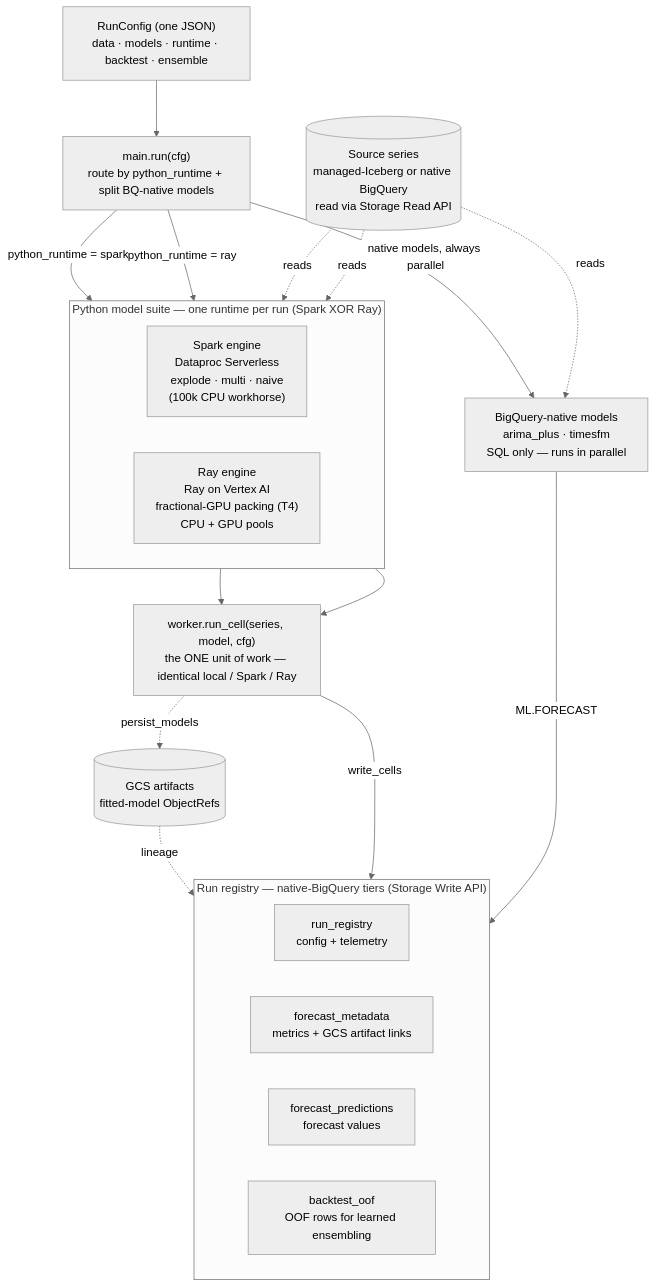
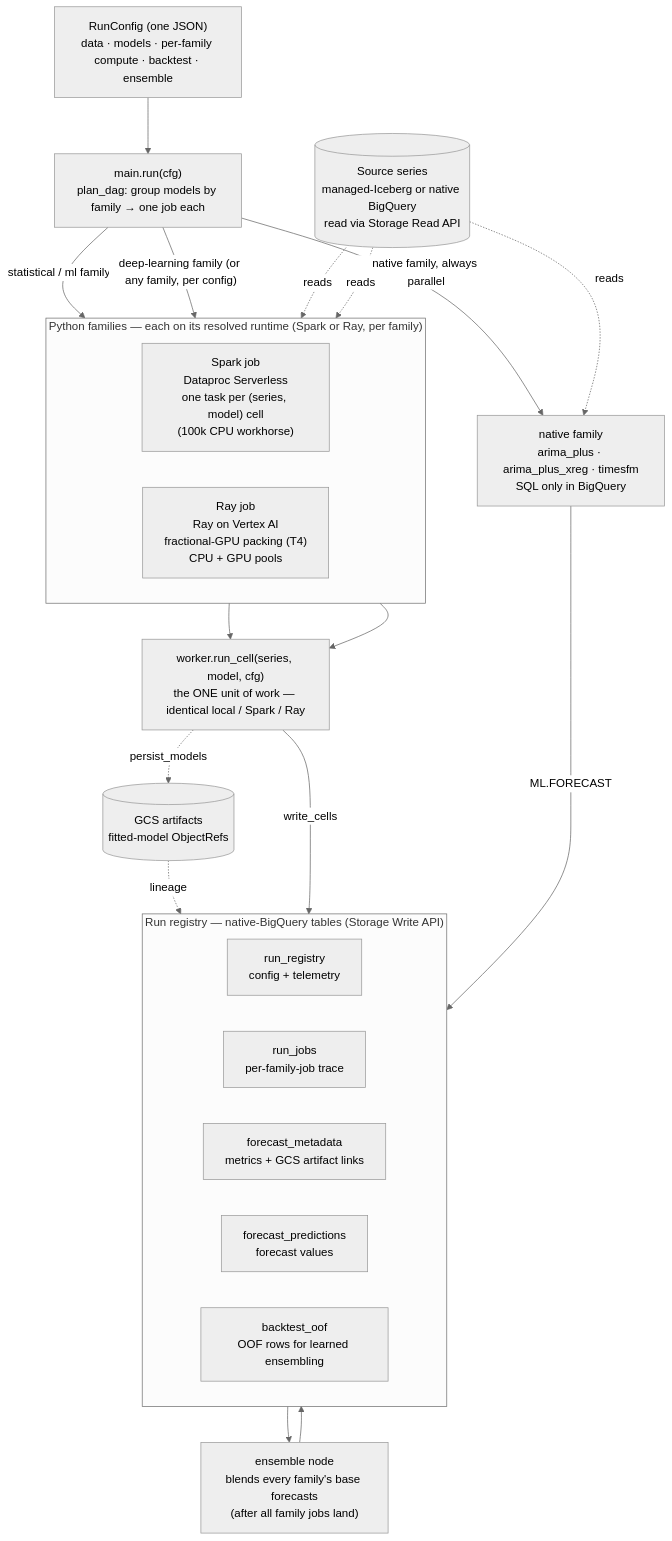
The diagram in README.md (statmike/scale-forecasting), drawn with Mermaid (neutral theme) before and after one commit. The commit also changed other lines of this file and 29 other files, not shown here.

````diff
--- a/README.md
+++ b/README.md
@@ -87,41 +90,45 @@
 ```mermaid
 flowchart TB
-    cfg["RunConfig (one JSON)<br/>data · models · runtime · backtest · ensemble"]
-    entry["main.run(cfg)<br/>route by python_runtime + split BQ-native models"]
+    cfg["RunConfig (one JSON)<br/>data · models · per-family compute · backtest · ensemble"]
+    entry["main.run(cfg)<br/>plan_dag: group models by family → one job each"]
     cfg --> entry
 
-    subgraph py["Python model suite — one runtime per run (Spark XOR Ray)"]
+    subgraph py["Python families — each on its resolved runtime (Spark or Ray, per family)"]
         direction LR
-        spark["Spark engine<br/>Dataproc Serverless<br/>explode · multi · naive<br/>(100k CPU workhorse)"]
-        ray["Ray engine<br/>Ray on Vertex AI<br/>fractional-GPU packing (T4)<br/>CPU + GPU pools"]
+        spark["Spark job<br/>Dataproc Serverless<br/>one task per (series, model) cell<br/>(100k CPU workhorse)"]
+        ray["Ray job<br/>Ray on Vertex AI<br/>fractional-GPU packing (T4)<br/>CPU + GPU pools"]
     end
 
-    bq["BigQuery-native models<br/>arima_plus · timesfm<br/>SQL only — runs in parallel"]
+    bq["native family<br/>arima_plus · arima_plus_xreg · timesfm<br/>SQL only in BigQuery"]
 
-    entry -->|"python_runtime = spark"| spark
-    entry -->|"python_runtime = ray"| ray
-    entry -->|"native models, always parallel"| bq
+    entry -->|"statistical / ml family"| spark
+    entry -->|"deep-learning family (or any family, per config)"| ray
+    entry -->|"native family, always parallel"| bq
 
     cell["worker.run_cell(series, model, cfg)<br/>the ONE unit of work — identical local / Spark / Ray"]
     spark --> cell
     ray --> cell
 
     data[("Source series<br/>managed-Iceberg or native BigQuery<br/>read via Storage Read API")]
     data -.->|reads| spark
     data -.->|reads| ray
     data -.->|reads| bq
 
-    subgraph reg["Run registry — native-BigQuery tiers (Storage Write API)"]
+    subgraph reg["Run registry — native-BigQuery tables (Storage Write API)"]
         direction LR
-        r1["run_registry<br/>config + telemetry"]
+        r0["run_registry<br/>config + telemetry"]
+        r5["run_jobs<br/>per-family-job trace"]
         r2["forecast_metadata<br/>metrics + GCS artifact links"]
         r3["forecast_predictions<br/>forecast values"]
         r4["backtest_oof<br/>OOF rows for learned ensembling"]
     end
 
+    ens["ensemble node<br/>blends every family's base forecasts<br/>(after all family jobs land)"]
     cell -->|write_cells| reg
     bq -->|ML.FORECAST| reg
+    reg --> ens
+    ens --> reg
     art[("GCS artifacts<br/>fitted-model ObjectRefs")]
     cell -.->|persist_models| art
     art -.->|lineage| r2
 ```
````
